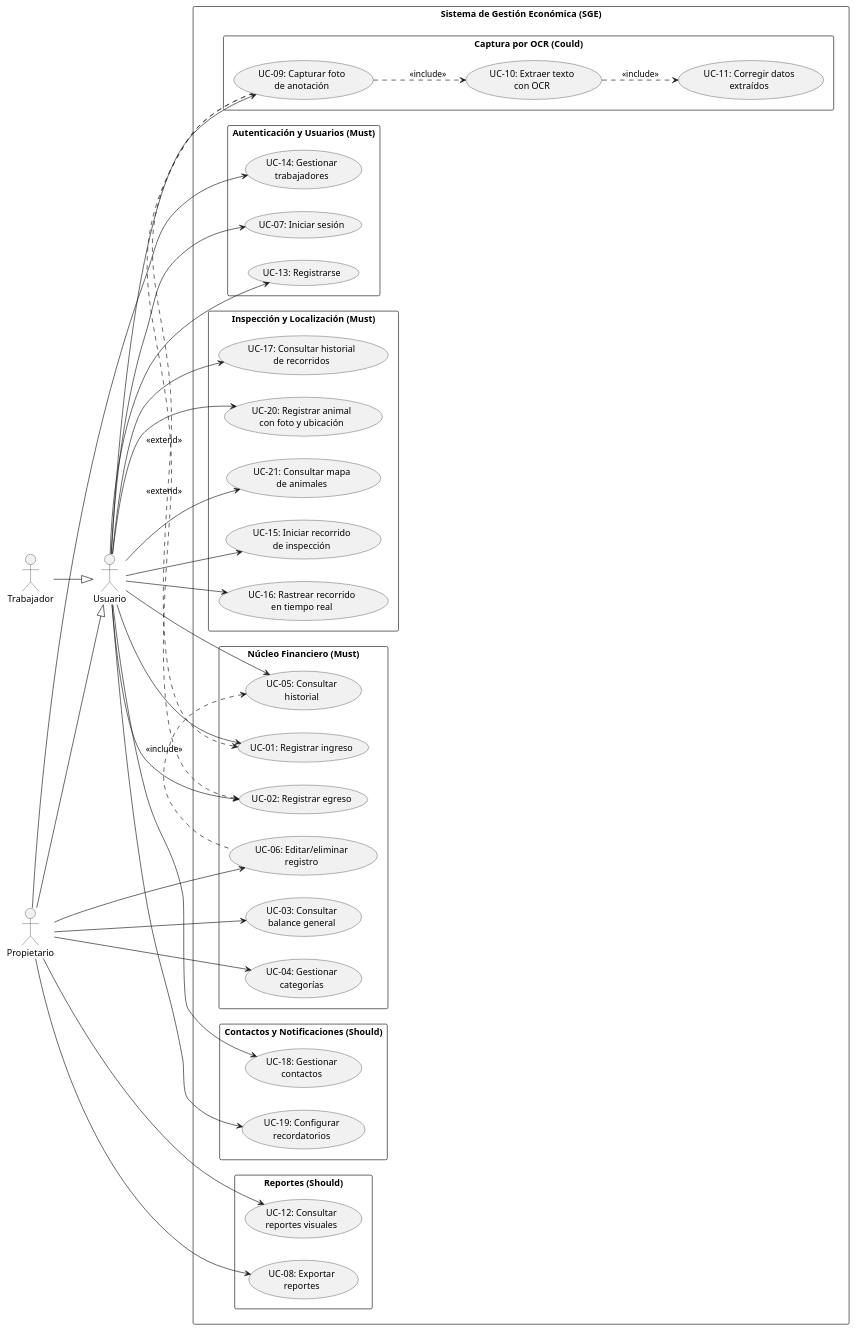
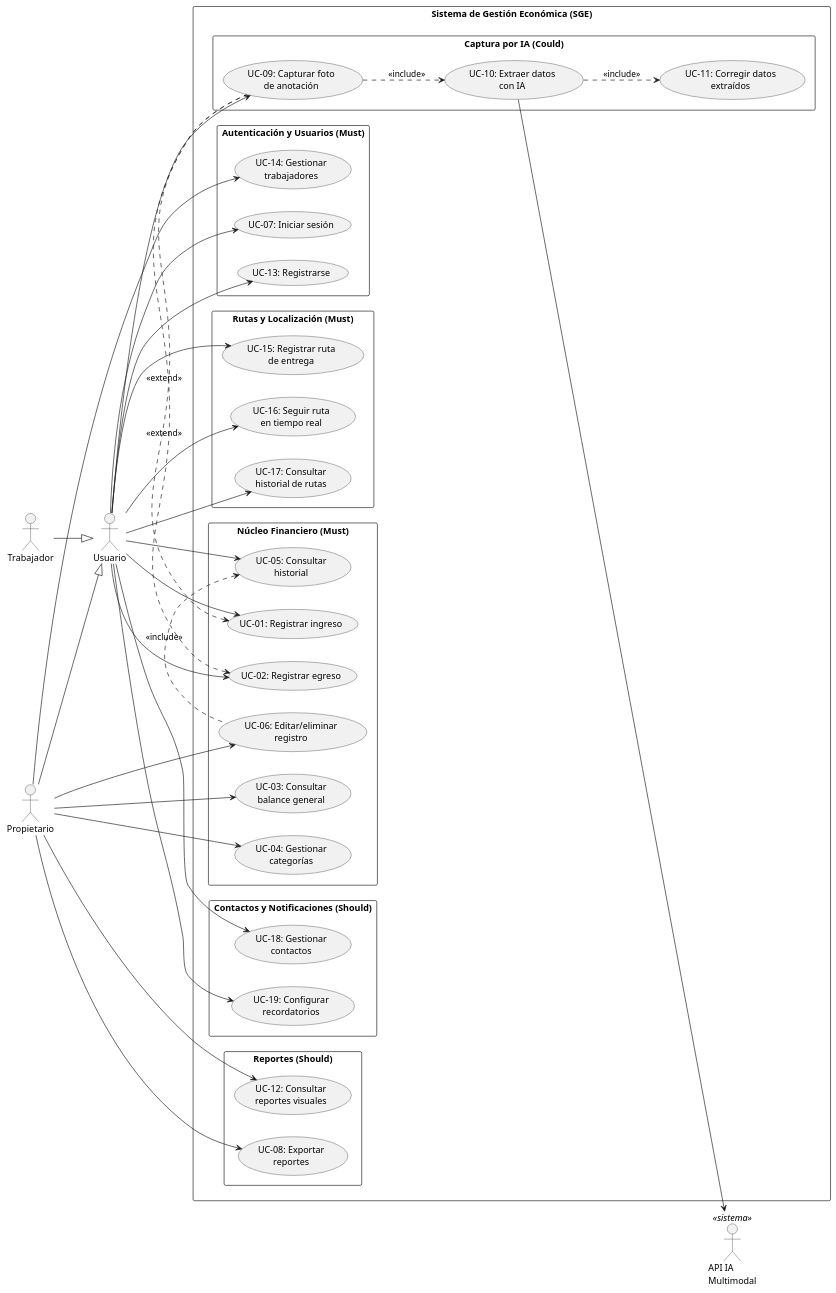
Before and after one commit to PUJ-ICM-1131/SGE: the diagram in docs/3-casos-uso-uml/casos_de_uso.md, drawn with PlantUML. The commit also changed other lines of this file and 7 other files, not shown here.

```diff
--- a/docs/3-casos-uso-uml/casos_de_uso.md
+++ b/docs/3-casos-uso-uml/casos_de_uso.md
@@ -23,6 +23,8 @@
 actor "Usuario" as user
 actor "Propietario" as owner
 actor "Trabajador" as worker
+actor "API IA\nMultimodal" as api <<sistema>>
+
 owner --|> user
 worker --|> user
 
@@ -43,12 +45,10 @@
     usecase "UC-06: Editar/eliminar\nregistro" as UC06
   }
 
-  package "Inspección y Localización (Must)" {
-    usecase "UC-15: Iniciar recorrido\nde inspección" as UC15
-    usecase "UC-16: Rastrear recorrido\nen tiempo real" as UC16
-    usecase "UC-17: Consultar historial\nde recorridos" as UC17
-    usecase "UC-20: Registrar animal\ncon foto y ubicación" as UC20
-    usecase "UC-21: Consultar mapa\nde animales" as UC21
+  package "Rutas y Localización (Must)" {
+    usecase "UC-15: Registrar ruta\nde entrega" as UC15
+    usecase "UC-16: Seguir ruta\nen tiempo real" as UC16
+    usecase "UC-17: Consultar\nhistorial de rutas" as UC17
   }
 
   package "Reportes (Should)" {
@@ -61,9 +61,9 @@
     usecase "UC-19: Configurar\nrecordatorios" as UC19
   }
 
-  package "Captura por OCR (Could)" {
+  package "Captura por IA (Could)" {
     usecase "UC-09: Capturar foto\nde anotación" as UC09
-    usecase "UC-10: Extraer texto\ncon OCR" as UC10
+    usecase "UC-10: Extraer datos\ncon IA" as UC10
     usecase "UC-11: Corregir datos\nextraídos" as UC11
   }
 }
@@ -78,8 +78,6 @@
 user --> UC15
 user --> UC16
 user --> UC17
-user --> UC20
-user --> UC21
 user --> UC18
 user --> UC19
 
@@ -90,6 +88,9 @@
 owner --> UC08
 owner --> UC12
 owner --> UC14
+
+' ── Actor secundario (sistema) ──
+UC10 --> api
 
 ' ── Include / Extend ──
 ' El hint .left.> mantiene UC-05 en la columna del paquete Must.
```
